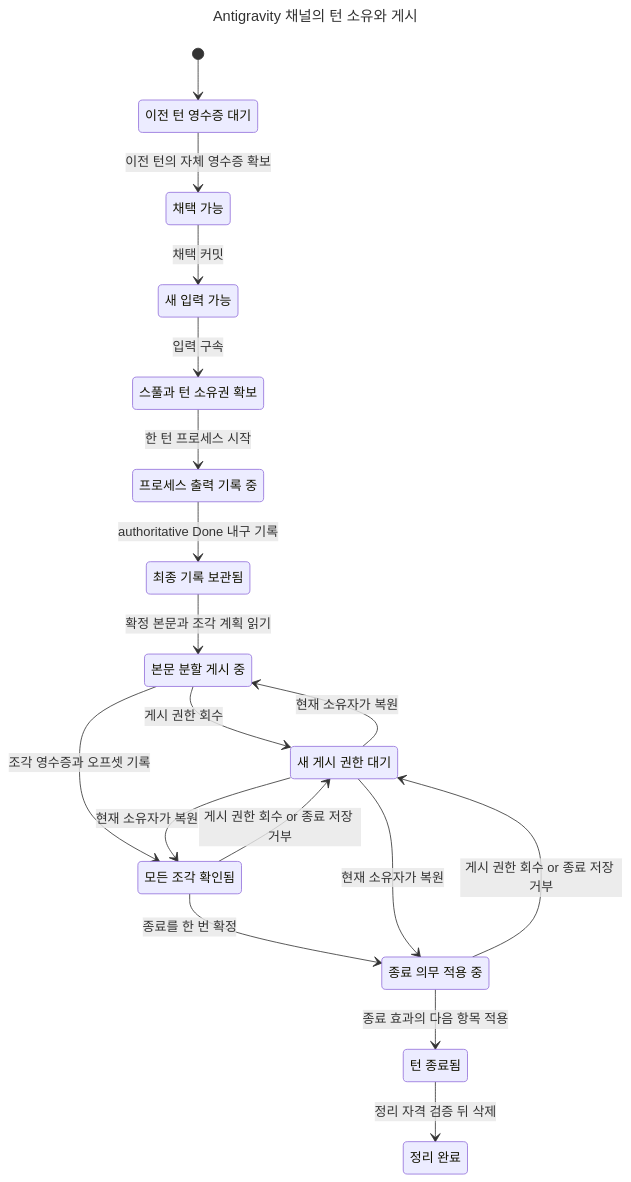
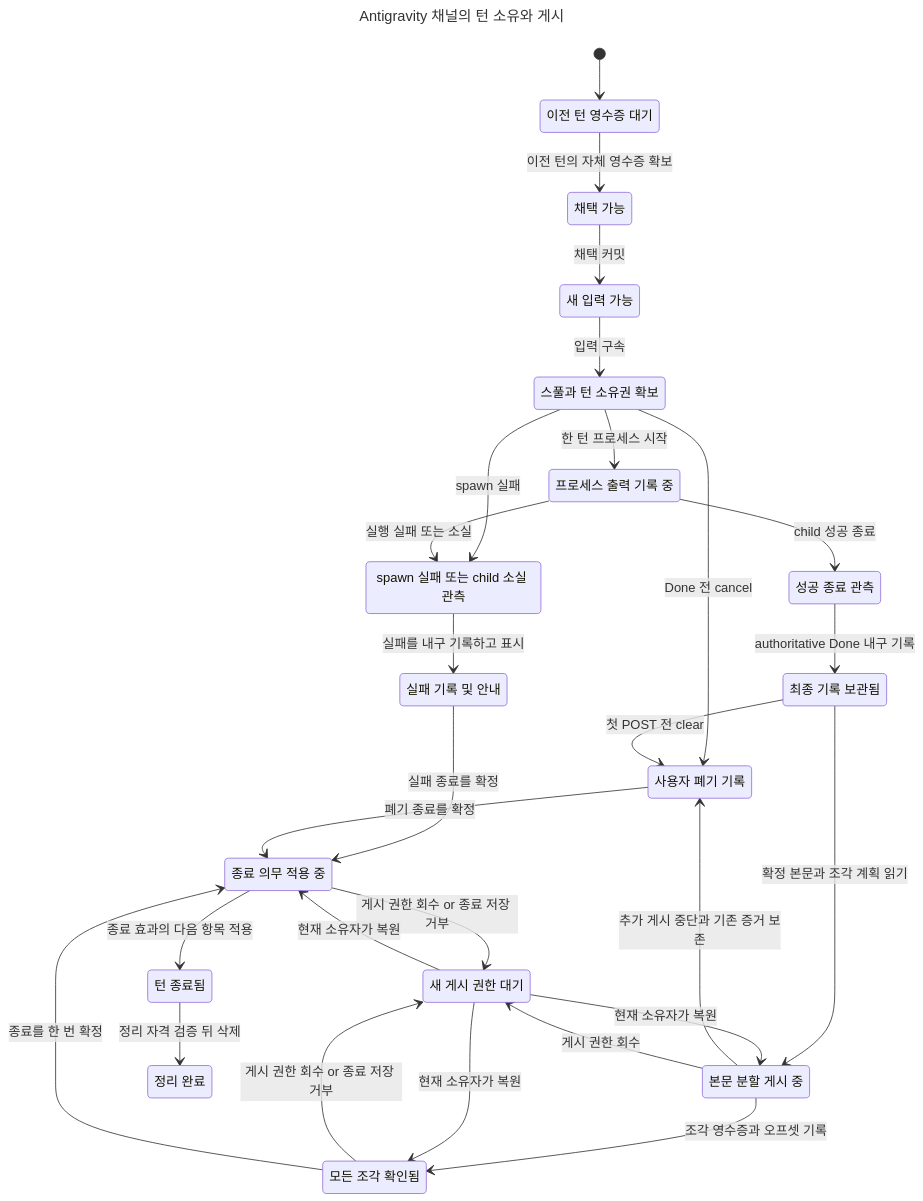
One commit to itismyfield/AgentDesk changed the diagram in docs/statecharts/tui-o-writer/agy-adoption.chart.mmd. Above: the diagram before and after it, drawn with Mermaid. The commit also changed 22 other files, not shown here.

```diff
--- a/docs/statecharts/tui-o-writer/agy-adoption.chart.mmd
+++ b/docs/statecharts/tui-o-writer/agy-adoption.chart.mmd
@@ -1,33 +1,46 @@
 ---
 title: "Antigravity 채널의 턴 소유와 게시"
 ---
 stateDiagram-v2
   s0: 이전 턴 영수증 대기
   s1: 채택 가능
   s2: 새 입력 가능
   s3: 스풀과 턴 소유권 확보
   s4: 프로세스 출력 기록 중
   s5: 최종 기록 보관됨
   s6: 본문 분할 게시 중
   s7: 새 게시 권한 대기
   s8: 모든 조각 확인됨
   s9: 종료 의무 적용 중
   s10: 턴 종료됨
   s11: 정리 완료
+  s12: 성공 종료 관측
+  s13: spawn 실패 또는 child 소실 관측
+  s14: 실패 기록 및 안내
+  s15: 사용자 폐기 기록
   [*] --> s0
   s0 --> s1: 이전 턴의 자체 영수증 확보
   s1 --> s2: 채택 커밋
   s2 --> s3: 입력 구속
   s3 --> s4: 한 턴 프로세스 시작
-  s4 --> s5: authoritative Done 내구 기록
+  s4 --> s12: child 성공 종료
+  s12 --> s5: authoritative Done 내구 기록
+  s3 --> s13: spawn 실패
+  s4 --> s13: 실행 실패 또는 소실
+  s13 --> s14: 실패를 내구 기록하고 표시
+  s14 --> s9: 실패 종료를 확정
+  s3 --> s15: Done 전 cancel
+  s5 --> s15: 첫 POST 전 clear
+  s6 --> s15: 추가 게시 중단과 기존 증거 보존
+  s15 --> s9: 폐기 종료를 확정
   s5 --> s6: 확정 본문과 조각 계획 읽기
   s6 --> s7: 게시 권한 회수
   s7 --> s6: 현재 소유자가 복원
   s6 --> s8: 조각 영수증과 오프셋 기록
   s8 --> s7: 게시 권한 회수 or 종료 저장 거부
   s8 --> s9: 종료를 한 번 확정
   s7 --> s8: 현재 소유자가 복원
   s9 --> s7: 게시 권한 회수 or 종료 저장 거부
   s7 --> s9: 현재 소유자가 복원
   s9 --> s10: 종료 효과의 다음 항목 적용
   s10 --> s11: 정리 자격 검증 뒤 삭제
```
